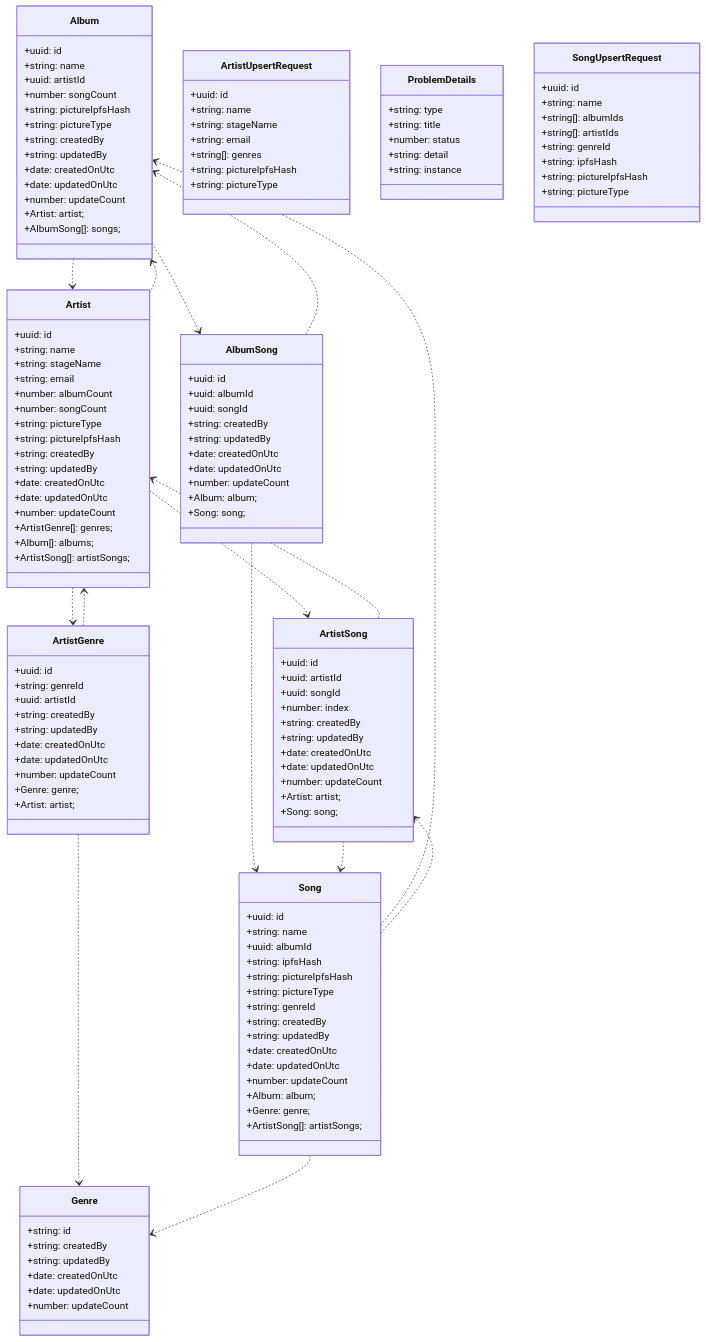
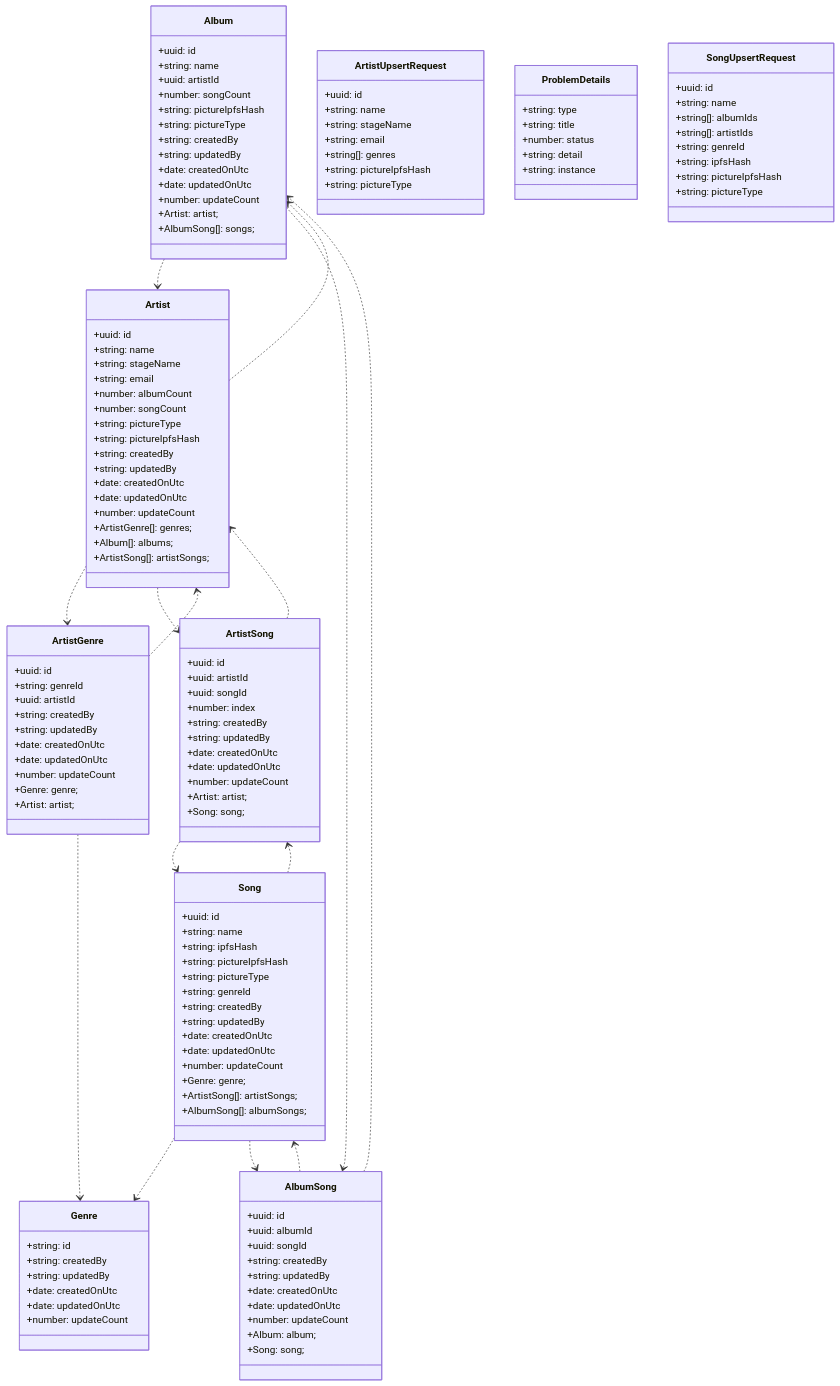
The diagram in docs/artists-webapi/class-diagram.md (ikemtz/ITEC5905), drawn with Mermaid before and after one commit. The commit also changed 18 other files, not shown here.

```diff
--- a/docs/artists-webapi/class-diagram.md
+++ b/docs/artists-webapi/class-diagram.md
@@ -12,9 +12,9 @@
   ArtistGenre ..> Artist
   ArtistSong ..> Artist
   ArtistSong ..> Song
-  Song ..> Album
   Song ..> Genre
   Song ..> ArtistSong
+  Song ..> AlbumSong
 
   class Album{
     +uuid: id
@@ -113,7 +113,6 @@
   class Song{
     +uuid: id
     +string: name
-    +uuid: albumId
     +string: ipfsHash
     +string: pictureIpfsHash
     +string: pictureType
@@ -123,9 +122,9 @@
     +date: createdOnUtc
     +date: updatedOnUtc
     +number: updateCount
-    +Album: album;
     +Genre: genre;
     +ArtistSong[]: artistSongs;
+    +AlbumSong[]: albumSongs;
   }
   class SongUpsertRequest{
     +uuid: id
```
